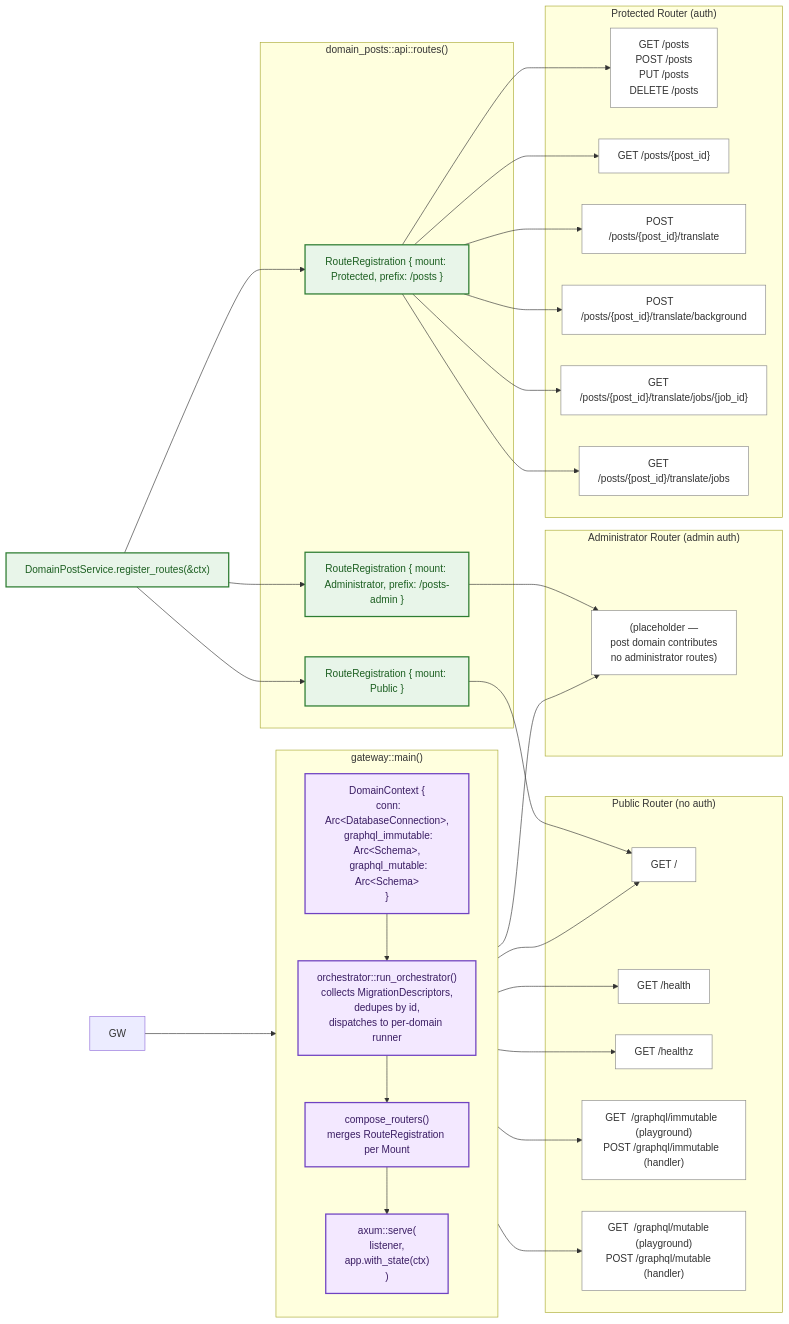
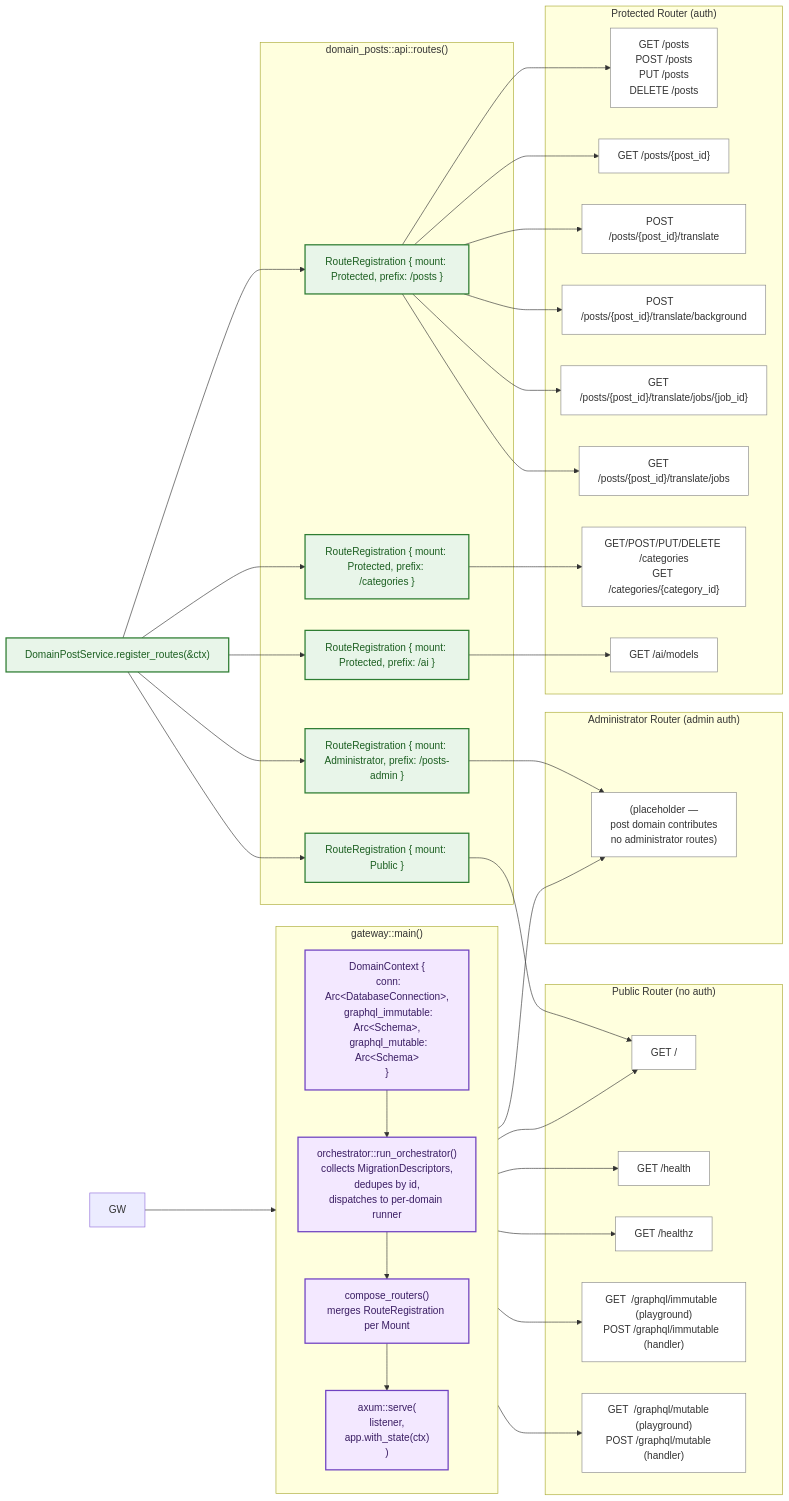
Before and after one commit to doitsu2014/my-cms: the third of 10 diagrams in docs/api-architecture.md, drawn with Mermaid. The commit also changed other lines of this file and 120 other files, not shown here.

First line of the commit message:
Consolidate category and AI functionality into domain_posts

````diff
--- a/docs/api-architecture.md
+++ b/docs/api-architecture.md
@@ -112,58 +112,64 @@
 ```mermaid
 graph LR
     subgraph gw["gateway::main()"]
         direction TB
         CTX["DomainContext {<br/>  conn: Arc&lt;DatabaseConnection&gt;,<br/>  graphql_immutable: Arc&lt;Schema&gt;,<br/>  graphql_mutable: Arc&lt;Schema&gt;<br/>}"]
         ORCH["orchestrator::run_orchestrator()<br/>collects MigrationDescriptors,<br/>dedupes by id,<br/>dispatches to per-domain runner"]
         COMP["compose_routers()<br/>merges RouteRegistration per Mount"]
         SERV["axum::serve(<br/>  listener,<br/>  app.with_state(ctx)<br/>)"]
     end
 
     subgraph public_routes["Public Router (no auth)"]
         PR1["GET  /"]
         PR2["GET  /health"]
         PR3["GET  /healthz"]
         PR4["GET  /graphql/immutable  (playground)<br/>POST /graphql/immutable  (handler)"]
         PR5["GET  /graphql/mutable    (playground)<br/>POST /graphql/mutable    (handler)"]
     end
 
     subgraph protected_routes["Protected Router (auth)"]
         PPR1["GET    /posts<br/>POST   /posts<br/>PUT    /posts<br/>DELETE /posts"]
         PPR2["GET    /posts/{post_id}"]
         PPR3["POST   /posts/{post_id}/translate"]
         PPR4["POST   /posts/{post_id}/translate/background"]
         PPR5["GET    /posts/{post_id}/translate/jobs/{job_id}"]
         PPR6["GET    /posts/{post_id}/translate/jobs"]
+        PPR7["GET/POST/PUT/DELETE /categories<br/>GET /categories/{category_id}"]
+        PPR8["GET /ai/models"]
     end
 
     subgraph administrator_routes["Administrator Router (admin auth)"]
         AR1["(placeholder —<br/>post domain contributes<br/>no administrator routes)"]
     end
 
     MAN["DomainPostService.register_routes(&ctx)"]
     subgraph dps["domain_posts::api::routes()"]
         DPSR1["RouteRegistration { mount: Public }"]
         DPSR2["RouteRegistration { mount: Protected, prefix: /posts }"]
-        DPSR3["RouteRegistration { mount: Administrator, prefix: /posts-admin }"]
+        DPSR3["RouteRegistration { mount: Protected, prefix: /categories }"]
+        DPSR4["RouteRegistration { mount: Protected, prefix: /ai }"]
+        DPSR5["RouteRegistration { mount: Administrator, prefix: /posts-admin }"]
     end
 
     GW --> CTX
     CTX --> ORCH
     ORCH --> COMP
     COMP --> SERV
     COMP --> PR1 & PR2 & PR3 & PR4 & PR5
     COMP --> AR1
-    MAN --> DPSR1 & DPSR2 & DPSR3
+    MAN --> DPSR1 & DPSR2 & DPSR3 & DPSR4 & DPSR5
     DPSR1 --> PR1
     DPSR2 --> PPR1 & PPR2 & PPR3 & PPR4 & PPR5 & PPR6
-    DPSR3 --> AR1
+    DPSR3 --> PPR7
+    DPSR4 --> PPR8
+    DPSR5 --> AR1
 
     classDef domain fill:#e8f5e9,stroke:#2e7d32,stroke-width:2px,color:#1b5e20
     classDef gateway fill:#f3e8ff,stroke:#6f42c1,stroke-width:2px,color:#3a1d63
     classDef route fill:#fff,stroke:#888,stroke-width:1px,color:#333
     classDef shim fill:#fff4e6,stroke:#d97706,stroke-width:1px,color:#7c2d12
 
     class CTX,ORCH,COMP,SERV gateway
-    class PR1,PR2,PR3,PR4,PR5,PPR1,PPR2,PPR3,PPR4,PPR5,PPR6,AR1 route
-    class MAN,DPSR1,DPSR2,DPSR3 domain
+    class PR1,PR2,PR3,PR4,PR5,PPR1,PPR2,PPR3,PPR4,PPR5,PPR6,PPR7,PPR8,AR1 route
+    class MAN,DPSR1,DPSR2,DPSR3,DPSR4,DPSR5 domain
 ```
````
